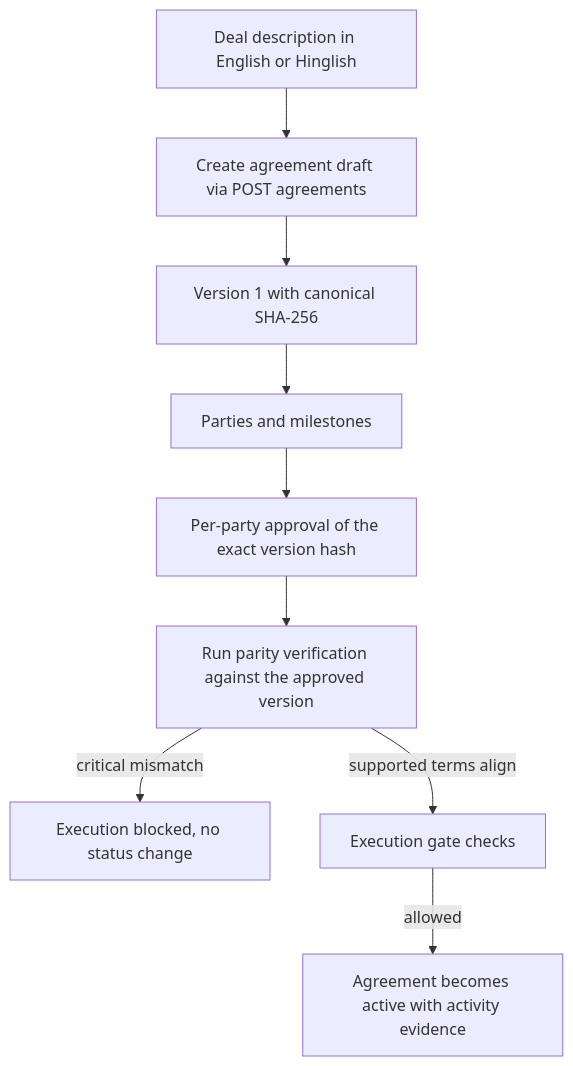
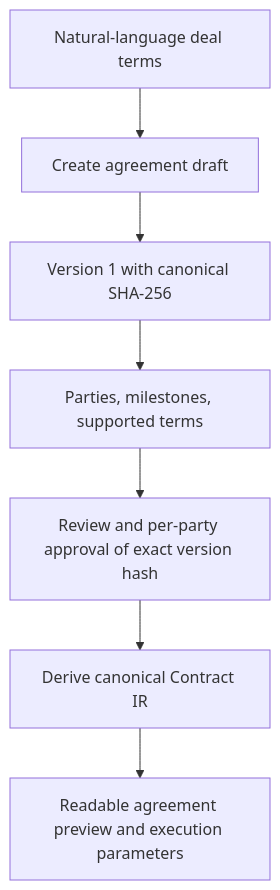
Before and after one commit to the-nidhi-bhat/LEXORA-LegalX: the second of 5 diagrams in README.md, drawn with Mermaid. The commit also changed other lines of this file and 13 other files, not shown here.

````diff
--- a/README.md
+++ b/README.md
@@ -105,11 +197,9 @@
 ```mermaid
 flowchart TD
-    D[Deal description in English or Hinglish] --> A[Create agreement draft via POST agreements]
-    A --> V[Version 1 with canonical SHA-256]
-    V --> P[Parties and milestones]
-    P --> AP[Per-party approval of the exact version hash]
-    AP --> VER[Run parity verification against the approved version]
-    VER -->|critical mismatch| B[Execution blocked, no status change]
-    VER -->|supported terms align| E[Execution gate checks]
-    E -->|allowed| X[Agreement becomes active with activity evidence]
+    A[Natural-language deal terms] --> B[Create agreement draft]
+    B --> C[Version 1 with canonical SHA-256]
+    C --> D[Parties, milestones, supported terms]
+    D --> E[Review and per-party approval of exact version hash]
+    E --> F[Derive canonical Contract IR]
+    F --> G[Readable agreement preview and execution parameters]
 ```
````
